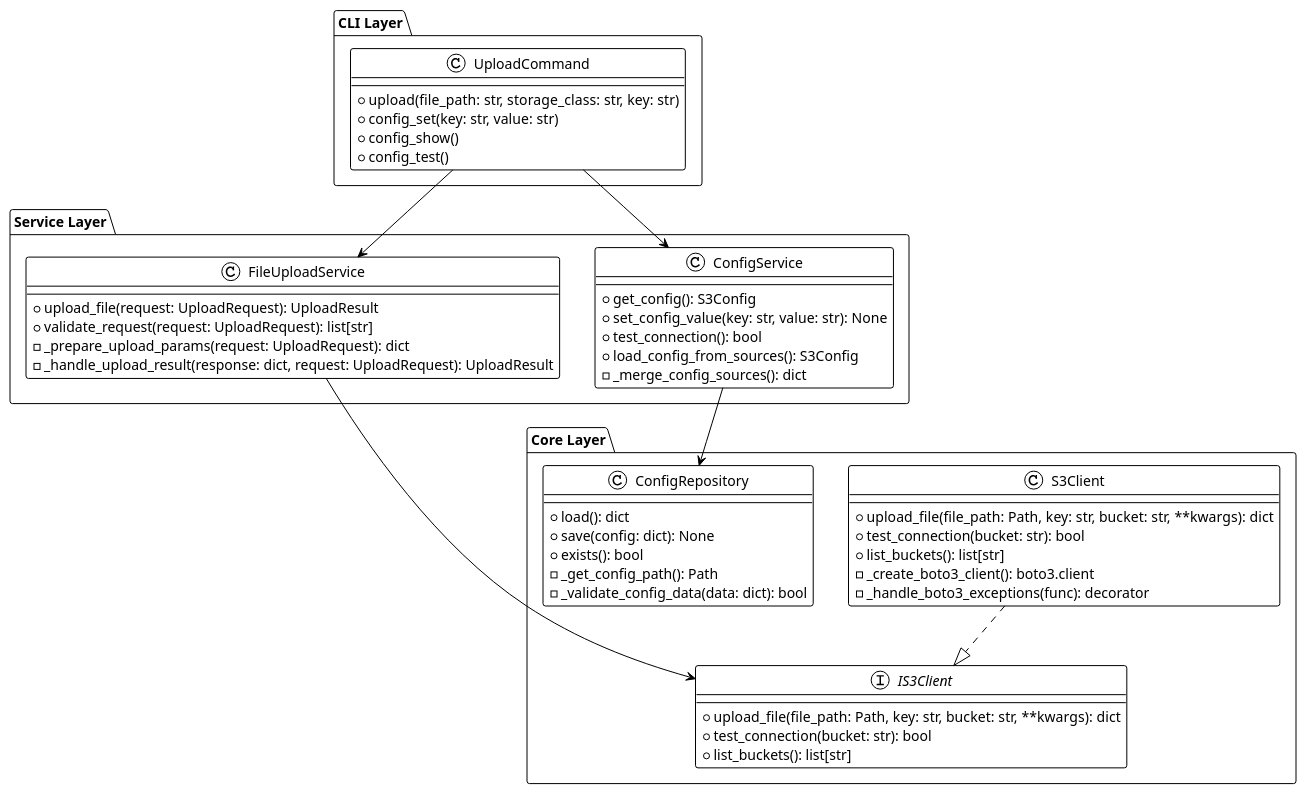
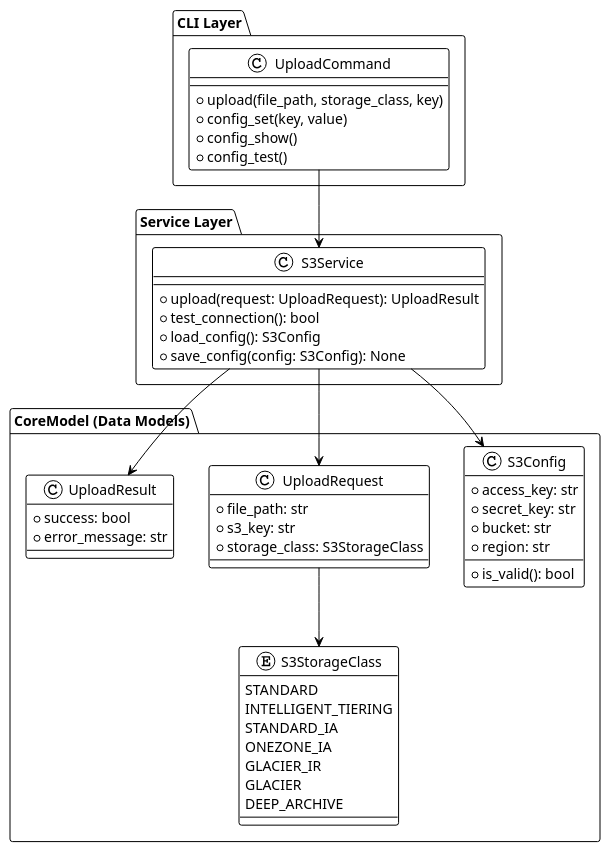
The first of 7 diagrams in .prompt/02.Issue/02.AddSimpleFileUpload/01.BasicDesign/03.ClassInterface.md (FATESAIKOU/CloudStorageSyncer), drawn with PlantUML before and after one commit. The commit also changed other lines of this file and 2 other files, not shown here.

````diff
--- a/.prompt/02.Issue/02.AddSimpleFileUpload/01.BasicDesign/03.ClassInterface.md
+++ b/.prompt/02.Issue/02.AddSimpleFileUpload/01.BasicDesign/03.ClassInterface.md
@@ -7,62 +7,61 @@
 ```plantuml
 @startuml
 !theme plain
 
 package "CLI Layer" {
   class UploadCommand {
-    +upload(file_path: str, storage_class: str, key: str)
-    +config_set(key: str, value: str)
+    +upload(file_path, storage_class, key)
+    +config_set(key, value)
     +config_show()
     +config_test()
   }
 }
 
 package "Service Layer" {
-  class FileUploadService {
-    +upload_file(request: UploadRequest): UploadResult
-    +validate_request(request: UploadRequest): list[str]
-    -_prepare_upload_params(request: UploadRequest): dict
-    -_handle_upload_result(response: dict, request: UploadRequest): UploadResult
-  }
-
-  class ConfigService {
-    +get_config(): S3Config
-    +set_config_value(key: str, value: str): None
+  class S3Service {
+    +upload(request: UploadRequest): UploadResult
     +test_connection(): bool
-    +load_config_from_sources(): S3Config
-    -_merge_config_sources(): dict
+    +load_config(): S3Config
+    +save_config(config: S3Config): None
   }
 }
 
-package "Core Layer" {
-  interface IS3Client {
-    +upload_file(file_path: Path, key: str, bucket: str, **kwargs): dict
-    +test_connection(bucket: str): bool
-    +list_buckets(): list[str]
+package "CoreModel (Data Models)" {
+  class S3Config {
+    +access_key: str
+    +secret_key: str
+    +bucket: str
+    +region: str
+    +is_valid(): bool
   }
 
-  class S3Client {
-    +upload_file(file_path: Path, key: str, bucket: str, **kwargs): dict
-    +test_connection(bucket: str): bool
-    +list_buckets(): list[str]
-    -_create_boto3_client(): boto3.client
-    -_handle_boto3_exceptions(func): decorator
+  enum S3StorageClass {
+    STANDARD
+    INTELLIGENT_TIERING
+    STANDARD_IA
+    ONEZONE_IA
+    GLACIER_IR
+    GLACIER
+    DEEP_ARCHIVE
   }
 
-  class ConfigRepository {
-    +load(): dict
-    +save(config: dict): None
-    +exists(): bool
-    -_get_config_path(): Path
-    -_validate_config_data(data: dict): bool
+  class UploadRequest {
+    +file_path: str
+    +s3_key: str
+    +storage_class: S3StorageClass
+  }
+
+  class UploadResult {
+    +success: bool
+    +error_message: str
   }
 }
 
-UploadCommand --> FileUploadService
-UploadCommand --> ConfigService
-FileUploadService --> IS3Client
-ConfigService --> ConfigRepository
-S3Client ..|> IS3Client
+UploadCommand --> S3Service
+S3Service --> S3Config
+S3Service --> UploadRequest
+S3Service --> UploadResult
+UploadRequest --> S3StorageClass
 
 @enduml
 ```
````
